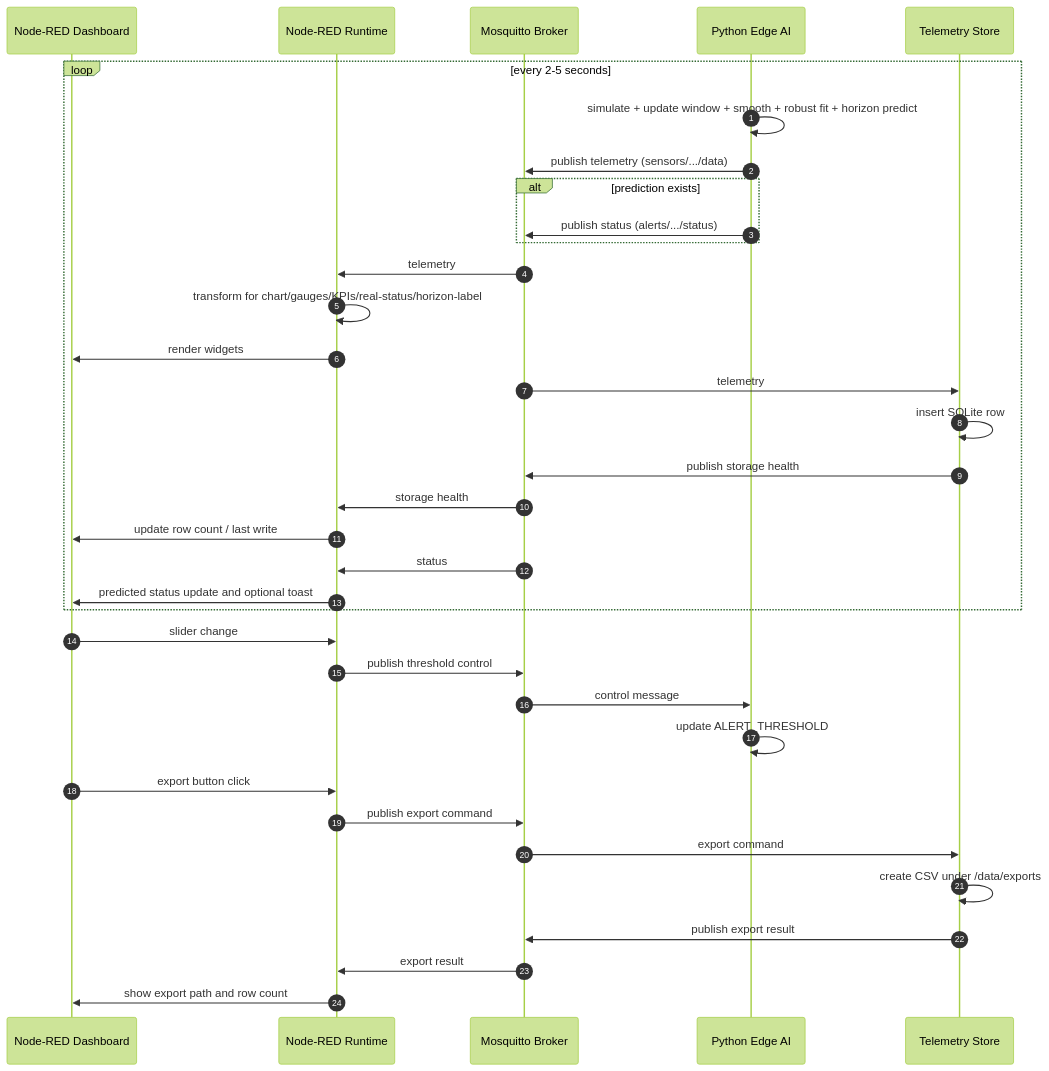
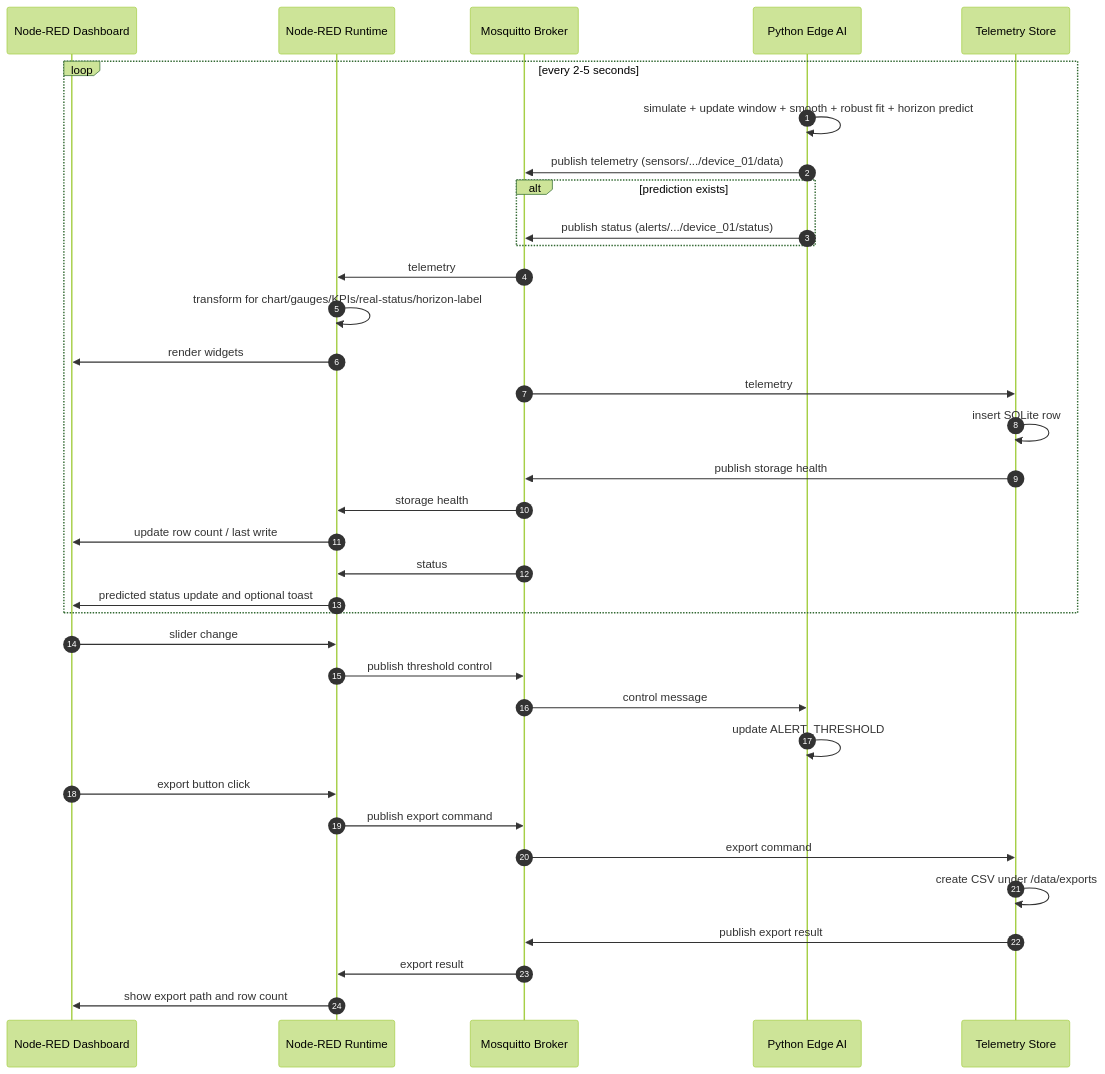
Before and after one commit to cepdnaclk/e20-co326-Predictive-Temperature-Model: the diagram in docs/01_System_Architecture_and_Dataflow.md, drawn with Mermaid (forest theme). The commit also changed other lines of this file and 10 other files, not shown here.

````diff
--- a/docs/01_System_Architecture_and_Dataflow.md
+++ b/docs/01_System_Architecture_and_Dataflow.md
@@ -119,40 +119,40 @@
 ```mermaid
 sequenceDiagram
     autonumber
     participant UI as Node-RED Dashboard
     participant NR as Node-RED Runtime
     participant MQ as Mosquitto Broker
     participant PY as Python Edge AI
     participant ST as Telemetry Store
 
     loop every 2-5 seconds
       PY->>PY: simulate + update window + smooth + robust fit + horizon predict
-        PY->>MQ: publish telemetry (sensors/.../data)
+        PY->>MQ: publish telemetry (sensors/.../device_01/data)
         alt prediction exists
-            PY->>MQ: publish status (alerts/.../status)
+            PY->>MQ: publish status (alerts/.../device_01/status)
         end
         MQ->>NR: telemetry
       NR->>NR: transform for chart/gauges/KPIs/real-status/horizon-label
         NR->>UI: render widgets
         MQ->>ST: telemetry
         ST->>ST: insert SQLite row
         ST->>MQ: publish storage health
         MQ->>NR: storage health
         NR->>UI: update row count / last write
         MQ->>NR: status
       NR->>UI: predicted status update and optional toast
     end
 
     UI->>NR: slider change
     NR->>MQ: publish threshold control
     MQ->>PY: control message
     PY->>PY: update ALERT_THRESHOLD
 
     UI->>NR: export button click
     NR->>MQ: publish export command
     MQ->>ST: export command
     ST->>ST: create CSV under /data/exports
     ST->>MQ: publish export result
     MQ->>NR: export result
     NR->>UI: show export path and row count
 ```
````
